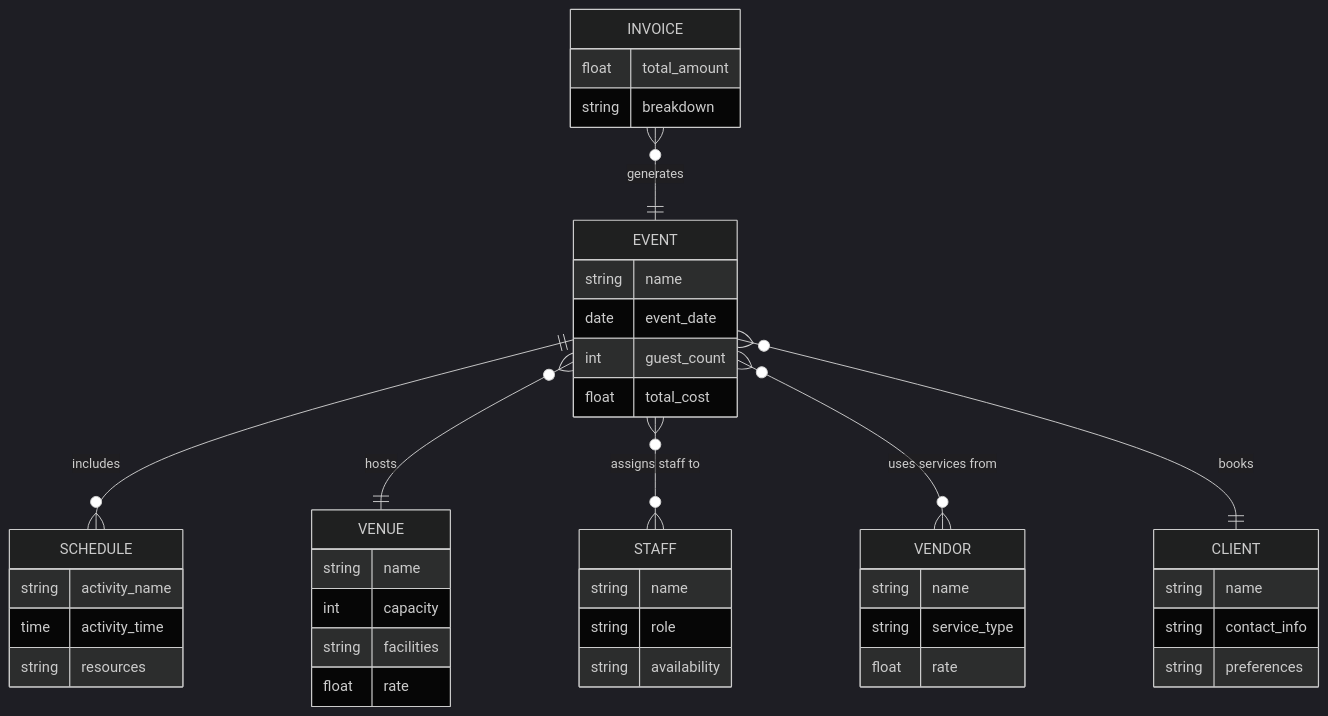
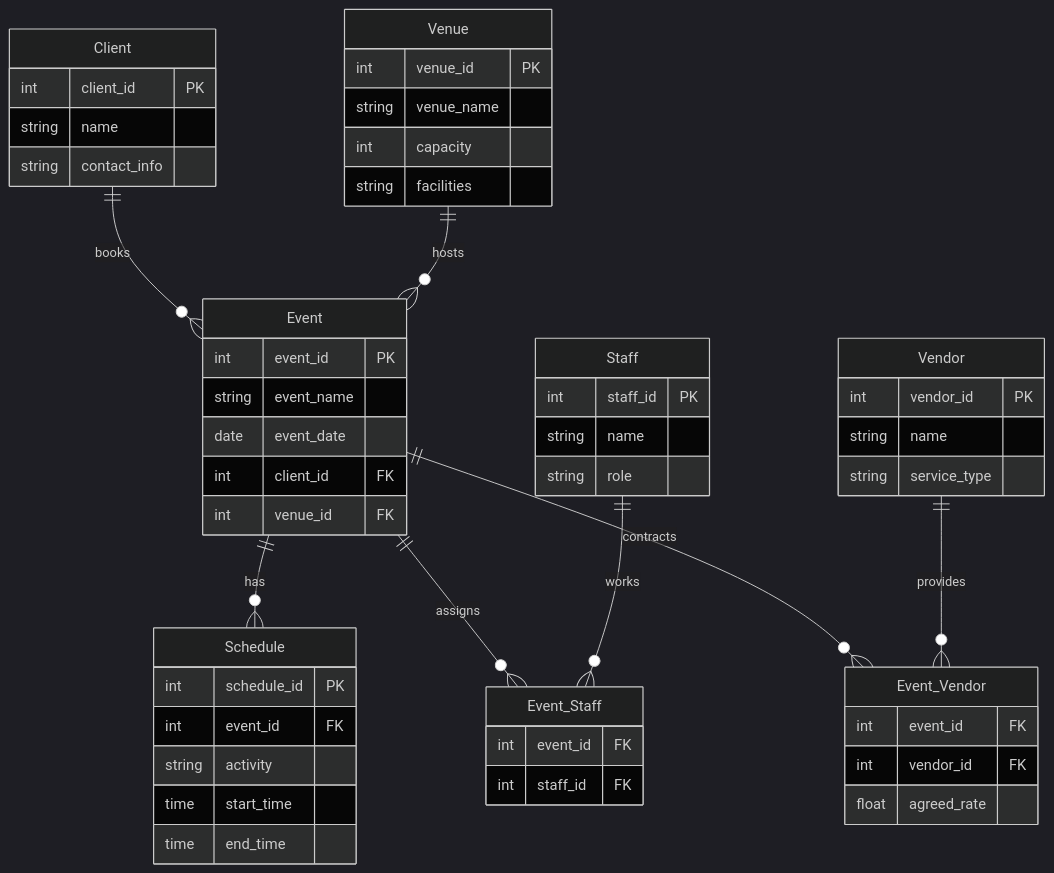
The second of 2 diagrams in Readme.md (Stoorrzi/Task-1), drawn with Mermaid (dark theme) before and after one commit.

Commit message:
ai erd diagram

````diff
--- a/Readme.md
+++ b/Readme.md
@@ -93,46 +93,55 @@
 ```mermaid
 erDiagram
-    EVENT {
-        string name
-        date event_date
-        int guest_count
-        float total_cost
-    }
-    CLIENT {
+    Client {
+        int client_id PK
         string name
         string contact_info
-        string preferences
     }
-    VENUE {
-        string name
+    Event {
+        int event_id PK
+        string event_name
+        date event_date
+        int client_id FK
+        int venue_id FK
+    }
+    Venue {
+        int venue_id PK
+        string venue_name
         int capacity
         string facilities
-        float rate
     }
-    STAFF {
+    Staff {
+        int staff_id PK
         string name
         string role
-        string availability
     }
-    VENDOR {
+    Event_Staff {
+        int event_id FK
+        int staff_id FK
+    }
+    Vendor {
+        int vendor_id PK
         string name
         string service_type
-        float rate
     }
-    SCHEDULE {
-        string activity_name
-        time activity_time
-        string resources
+    Event_Vendor {
+        int event_id FK
+        int vendor_id FK
+        float agreed_rate
     }
-    INVOICE {
-        float total_amount
-        string breakdown
+    Schedule {
+        int schedule_id PK
+        int event_id FK
+        string activity
+        time start_time
+        time end_time
     }
 
-    EVENT ||--o{ SCHEDULE : "includes"
-    EVENT }o--|| VENUE : "hosts"
-    EVENT }o--o{ STAFF : "assigns staff to"
-    EVENT }o--o{ VENDOR : "uses services from"
-    EVENT }o--|| CLIENT : "books"
-    INVOICE }o--|| EVENT : "generates"
+    Client ||--o{ Event : "books"
+    Venue ||--o{ Event : "hosts"
+    Event ||--o{ Schedule : "has"
+    Event ||--o{ Event_Staff : "assigns"
+    Event ||--o{ Event_Vendor : "contracts"
+    Staff ||--o{ Event_Staff : "works"
+    Vendor ||--o{ Event_Vendor : "provides"
 ```
````
